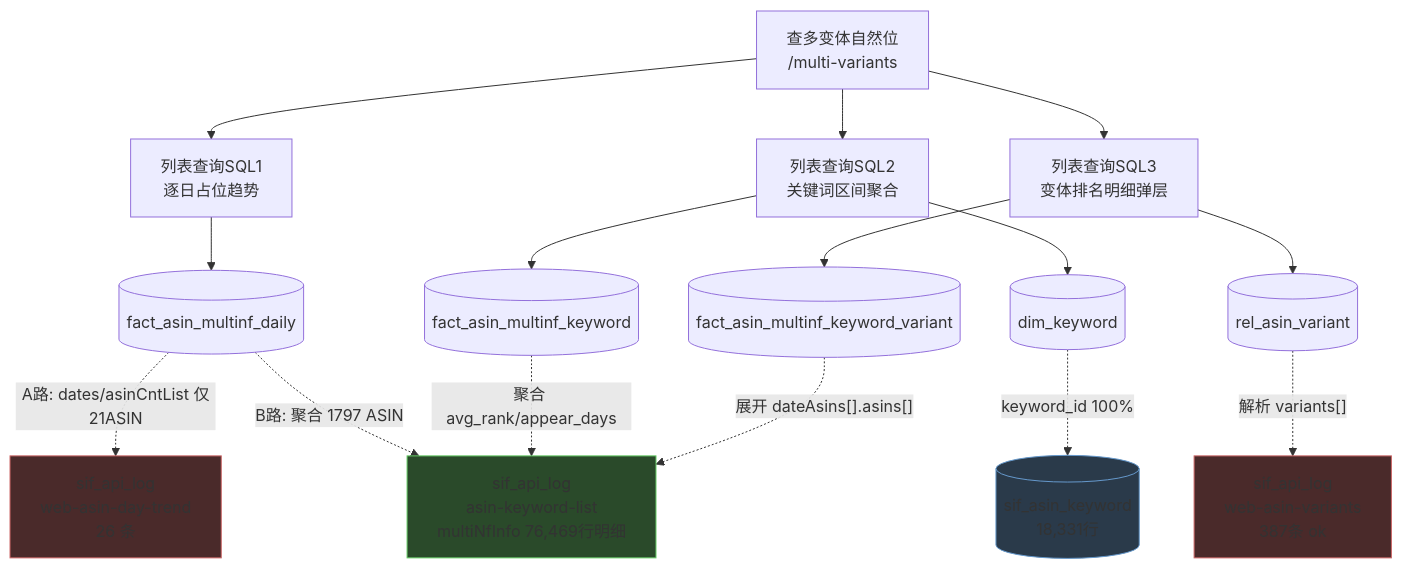
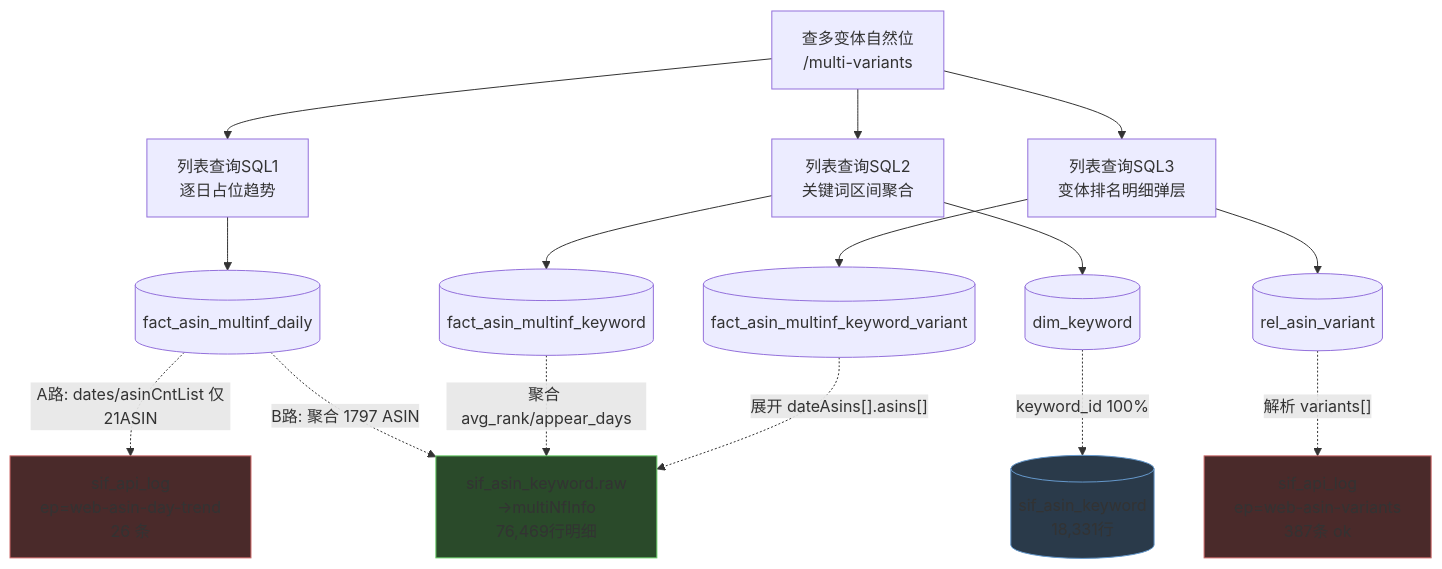
One commit to xiangge1208/looom changed the third of 11 diagrams in docs/MODULE_DATA_FLOW.md. Above: the diagram before and after it, drawn with Mermaid. The commit also changed other lines of this file and 68 other files, not shown here.

````diff
--- a/docs/MODULE_DATA_FLOW.md
+++ b/docs/MODULE_DATA_FLOW.md
@@ -228,27 +268,27 @@
 ```mermaid
 flowchart TD
     P["查多变体自然位<br/>/multi-variants"]
 
     P --> S1["列表查询SQL1<br/>逐日占位趋势"]
     P --> S2["列表查询SQL2<br/>关键词区间聚合"]
     P --> S3["列表查询SQL3<br/>变体排名明细弹层"]
 
     S1 --> T1[("fact_asin_multinf_daily")]
     S2 --> T2[("fact_asin_multinf_keyword")]
     S2 --> T3[("dim_keyword")]
     S3 --> T4[("fact_asin_multinf_keyword_variant")]
     S3 --> T5[("rel_asin_variant")]
 
     %% ---------- PG 源层 ----------
-    T1 -.->|"A路: dates/asinCntList 仅21ASIN"| G1["sif_api_log<br/>web-asin-day-trend<br/>26 条"]
-    T1 -.->|"B路: 聚合 1797 ASIN"| GM["sif_api_log<br/>asin-keyword-list<br/>multiNfInfo 76,469行明细"]
+    T1 -.->|"A路: dates/asinCntList 仅21ASIN"| G1["sif_api_log<br/>ep=web-asin-day-trend<br/>26 条"]
+    T1 -.->|"B路: 聚合 1797 ASIN"| GM["sif_asin_keyword.raw<br/>-&gt;multiNfInfo<br/>76,469行明细"]
     T2 -.->|"聚合 avg_rank/appear_days"| GM
     T3 -.->|"keyword_id 100%"| G2[("sif_asin_keyword<br/>18,331行")]
     T4 -.->|"展开 dateAsins[].asins[]"| GM
-    T5 -.->|"解析 variants[]"| G3["sif_api_log<br/>web-asin-variants<br/>387条 ok"]
+    T5 -.->|"解析 variants[]"| G3["sif_api_log<br/>ep=web-asin-variants<br/>387条 ok"]
 
     style GM fill:#2a4a2a,stroke:#6c6
     style G1 fill:#4a2a2a,stroke:#c66
     style G3 fill:#4a2a2a,stroke:#c66
     style G2 fill:#2a3a4a,stroke:#69c
 ```
````
